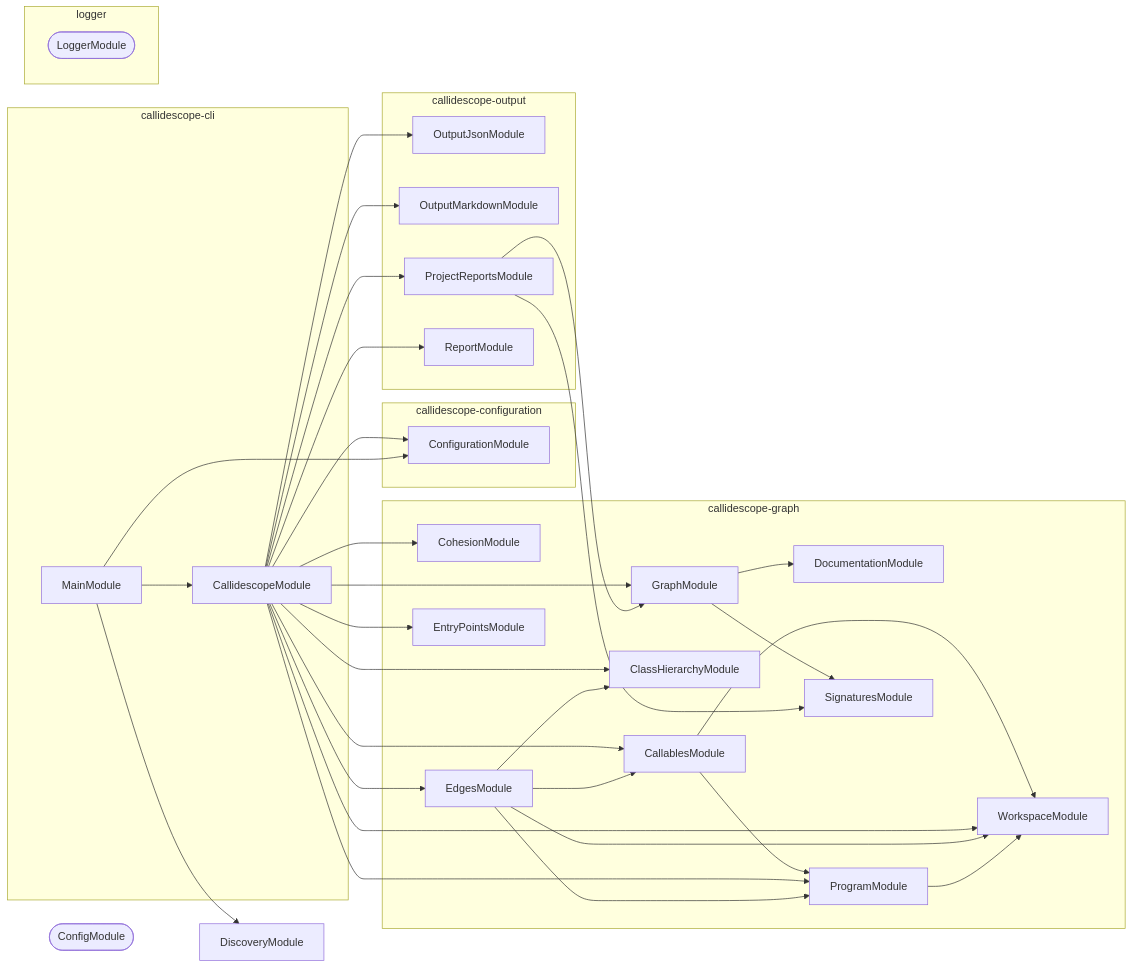
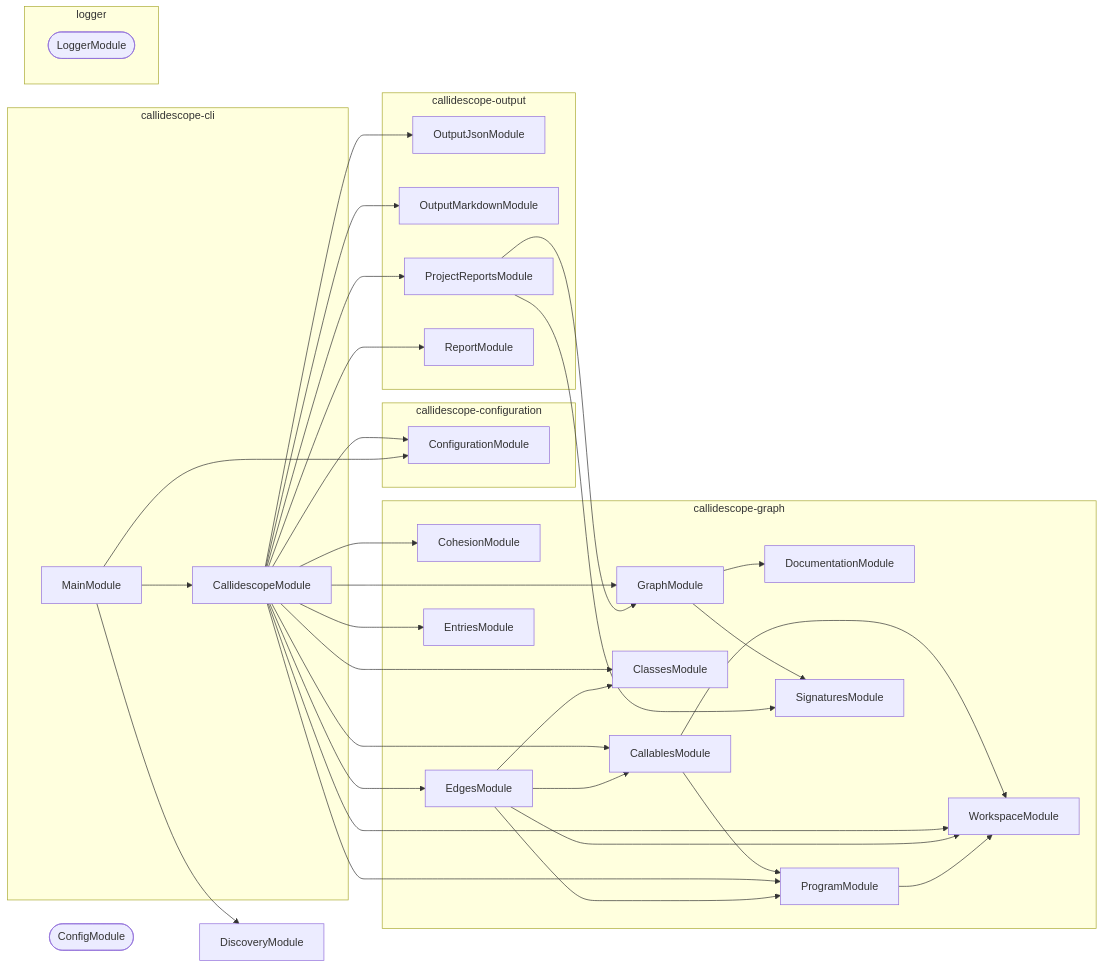
The diagram in packages/callidescope-cli/AGENTS.md (JimmyPaolini/codebase), drawn with Mermaid before and after one commit. The commit also changed 8 other files, not shown here.

````diff
--- a/packages/callidescope-cli/AGENTS.md
+++ b/packages/callidescope-cli/AGENTS.md
@@ -62,60 +62,60 @@
 ```mermaid
 flowchart LR
   subgraph group0["callidescope-cli"]
     CallidescopeModule
     MainModule
   end
   subgraph group1["callidescope-configuration"]
     ConfigurationModule
   end
   subgraph group2["callidescope-graph"]
     CallablesModule
-    ClassHierarchyModule
+    ClassesModule
     CohesionModule
     DocumentationModule
     EdgesModule
-    EntryPointsModule
+    EntriesModule
     GraphModule
     ProgramModule
     SignaturesModule
     WorkspaceModule
   end
   subgraph group3["callidescope-output"]
     OutputJsonModule
     OutputMarkdownModule
     ProjectReportsModule
     ReportModule
   end
   subgraph group4["logger"]
     LoggerModule([LoggerModule])
   end
   ConfigModule([ConfigModule])
   DiscoveryModule
   CallablesModule --> ProgramModule
   CallablesModule --> WorkspaceModule
   CallidescopeModule --> CallablesModule
-  CallidescopeModule --> ClassHierarchyModule
+  CallidescopeModule --> ClassesModule
   CallidescopeModule --> CohesionModule
   CallidescopeModule --> ConfigurationModule
   CallidescopeModule --> EdgesModule
-  CallidescopeModule --> EntryPointsModule
+  CallidescopeModule --> EntriesModule
   CallidescopeModule --> GraphModule
   CallidescopeModule --> OutputJsonModule
   CallidescopeModule --> OutputMarkdownModule
   CallidescopeModule --> ProgramModule
   CallidescopeModule --> ProjectReportsModule
   CallidescopeModule --> ReportModule
   CallidescopeModule --> WorkspaceModule
   EdgesModule --> CallablesModule
-  EdgesModule --> ClassHierarchyModule
+  EdgesModule --> ClassesModule
   EdgesModule --> ProgramModule
   EdgesModule --> WorkspaceModule
   GraphModule --> DocumentationModule
   GraphModule --> SignaturesModule
   MainModule --> CallidescopeModule
   MainModule --> ConfigurationModule
   MainModule --> DiscoveryModule
   ProgramModule --> WorkspaceModule
   ProjectReportsModule --> GraphModule
   ProjectReportsModule --> SignaturesModule
 ```
````
